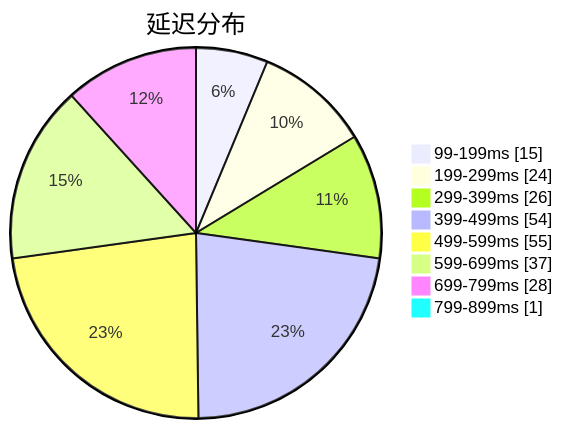
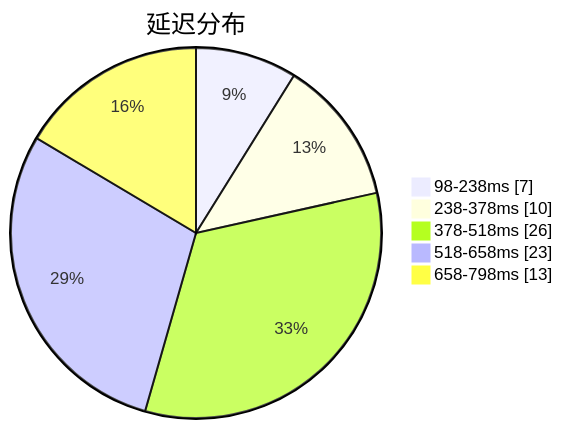
One commit to sinspired/airport changed the first of 3 diagrams in subs/statistics/tested_within.md. Above: the diagram before and after it, drawn with Mermaid. The commit also changed other lines of this file and 2 other files, not shown here.

````diff
--- a/subs/statistics/tested_within.md
+++ b/subs/statistics/tested_within.md
@@ -2,12 +2,9 @@
 ```mermaid
 pie showData
 title 延迟分布
-"99-199ms" : 15
-"199-299ms" : 24
-"299-399ms" : 26
-"399-499ms" : 54
-"499-599ms" : 55
-"599-699ms" : 37
-"699-799ms" : 28
-"799-899ms" : 1
+"98-238ms" : 7
+"238-378ms" : 10
+"378-518ms" : 26
+"518-658ms" : 23
+"658-798ms" : 13
 ```
````
